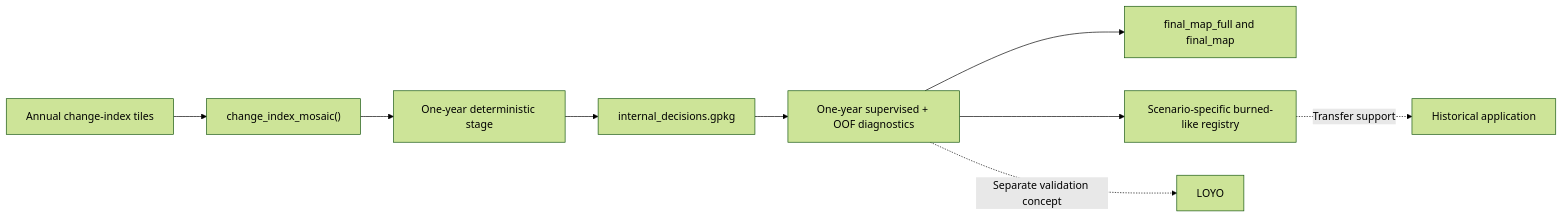
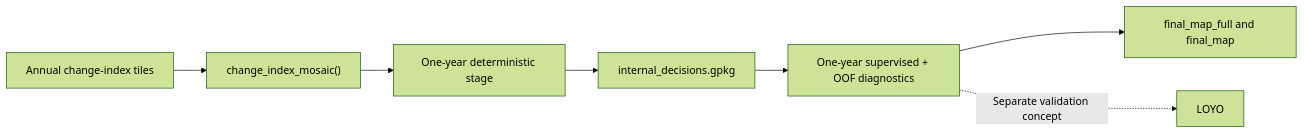
Before and after one commit to olgaviedma/OtsuFire: the diagram in tutorial/METHODS_BOOK/index.qmd, drawn with Mermaid (forest theme). The commit also changed 82 other files, not shown here.

````diff
--- a/tutorial/METHODS_BOOK/index.qmd
+++ b/tutorial/METHODS_BOOK/index.qmd
@@ -15,11 +15,9 @@
 ```mermaid
 flowchart LR
   A["Annual change-index tiles"] --> B["change_index_mosaic()"]
   B --> C["One-year deterministic stage"]
   C --> D["internal_decisions.gpkg"]
   D --> E["One-year supervised + OOF diagnostics"]
   E --> F["final_map_full and final_map"]
-  E --> G["Scenario-specific burned-like registry"]
-  G -. "Transfer support" .-> H["Historical application"]
   E -. "Separate validation concept" .-> I["LOYO"]
 ```
````
